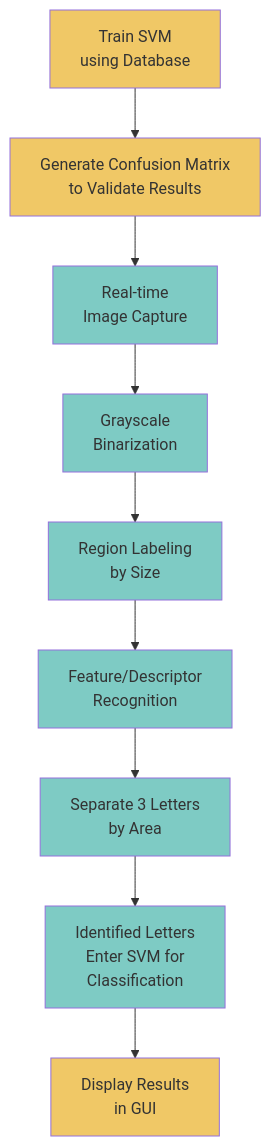
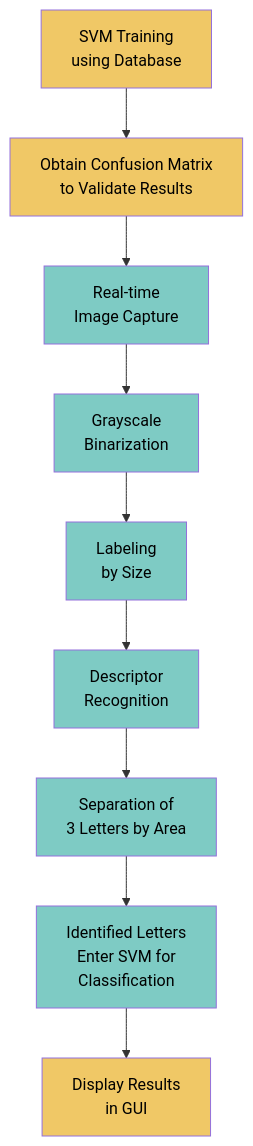
Before and after one commit to jgodiel96/TF_PDS2_Godiel_Project: the diagram in README.md, drawn with Mermaid.

Commit message:
Fix flowchart: exact translation from Spanish to English

````diff
--- a/README.md
+++ b/README.md
@@ -11,22 +11,22 @@
 ```mermaid
 flowchart TB
-    A[Train SVM\nusing Database] --> B[Generate Confusion Matrix\nto Validate Results]
+    A[SVM Training\nusing Database] --> B[Obtain Confusion Matrix\nto Validate Results]
     B --> C
 
     C[Real-time\nImage Capture] --> D[Grayscale\nBinarization]
-    D --> E[Region Labeling\nby Size]
-    E --> F[Feature/Descriptor\nRecognition]
-    F --> G[Separate 3 Letters\nby Area]
+    D --> E[Labeling\nby Size]
+    E --> F[Descriptor\nRecognition]
+    F --> G[Separation of\n3 Letters by Area]
     G --> H[Identified Letters\nEnter SVM for\nClassification]
     H --> I[Display Results\nin GUI]
 
-    style A fill:#f0c866
-    style B fill:#f0c866
-    style C fill:#7ecbc4
-    style D fill:#7ecbc4
-    style E fill:#7ecbc4
-    style F fill:#7ecbc4
-    style G fill:#7ecbc4
-    style H fill:#7ecbc4
-    style I fill:#f0c866
+    style A fill:#f0c866,color:#000
+    style B fill:#f0c866,color:#000
+    style C fill:#7ecbc4,color:#000
+    style D fill:#7ecbc4,color:#000
+    style E fill:#7ecbc4,color:#000
+    style F fill:#7ecbc4,color:#000
+    style G fill:#7ecbc4,color:#000
+    style H fill:#7ecbc4,color:#000
+    style I fill:#f0c866,color:#000
 ```
````
